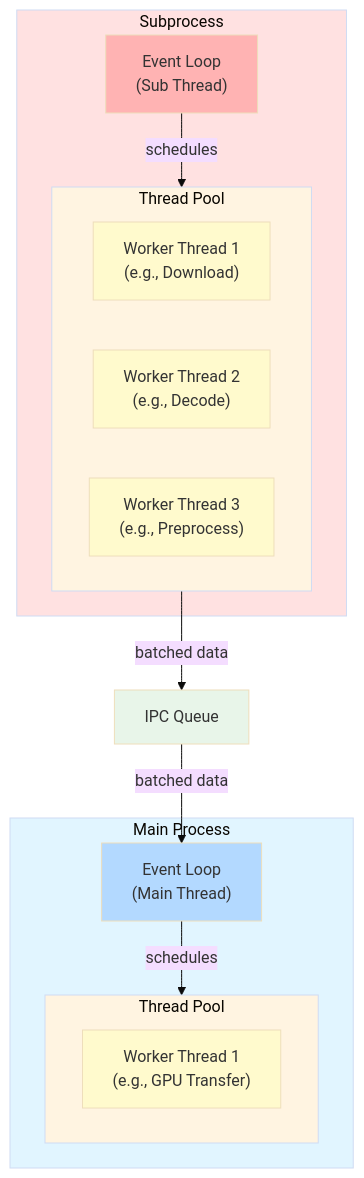
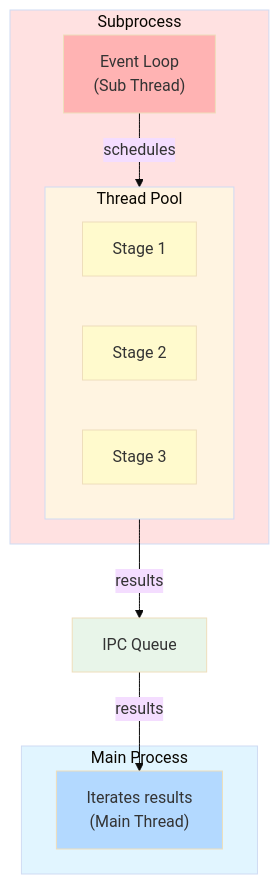
Before and after one commit to facebookresearch/spdl: the second of 2 diagrams in docs/source/getting_started/parallelism.rst, drawn with Mermaid. The commit also changed other lines of this file and 14 other files, not shown here.

```diff
--- a/docs/source/getting_started/parallelism.rst
+++ b/docs/source/getting_started/parallelism.rst
@@ -393,36 +405,30 @@
 .. mermaid::
 
    %%{init: {'theme':'base'}}%%
    graph TB
-       subgraph MP["Main Process"]
-           MEL["Event Loop<br/>(Main Thread)"]
-           subgraph MTP["Thread Pool"]
-               MT1["Worker Thread 1<br/>(e.g., GPU Transfer)"]
-           end
-           MEL -->|schedules| MTP
-       end
-
        subgraph SP["Subprocess"]
            SEL["Event Loop<br/>(Sub Thread)"]
            subgraph STP["Thread Pool"]
-               ST1["Worker Thread 1<br/>(e.g., Download)"]
-               ST2["Worker Thread 2<br/>(e.g., Decode)"]
-               ST3["Worker Thread 3<br/>(e.g., Preprocess)"]
+               ST1["Stage 1"]
+               ST2["Stage 2"]
+               ST3["Stage 3"]
            end
            SEL -->|schedules| STP
        end
 
-       STP -->|batched data| Q["IPC Queue"]
-       Q -->|batched data| MEL
+       subgraph MP["Main Process"]
+           MEL["Iterates results<br/>(Main Thread)"]
+       end
+
+       STP -->|results| Q["IPC Queue"]
+       Q -->|results| MEL
 
        style MP fill:#e1f5ff
        style SP fill:#ffe1e1
        style MEL fill:#b3d9ff
        style SEL fill:#ffb3b3
-       style MTP fill:#fff4e1
        style STP fill:#fff4e1
        style Q fill:#e8f5e9
-       style MT1 fill:#fffacd
        style ST1 fill:#fffacd
        style ST2 fill:#fffacd
        style ST3 fill:#fffacd
```
